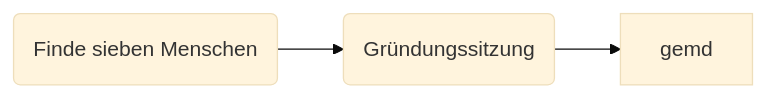
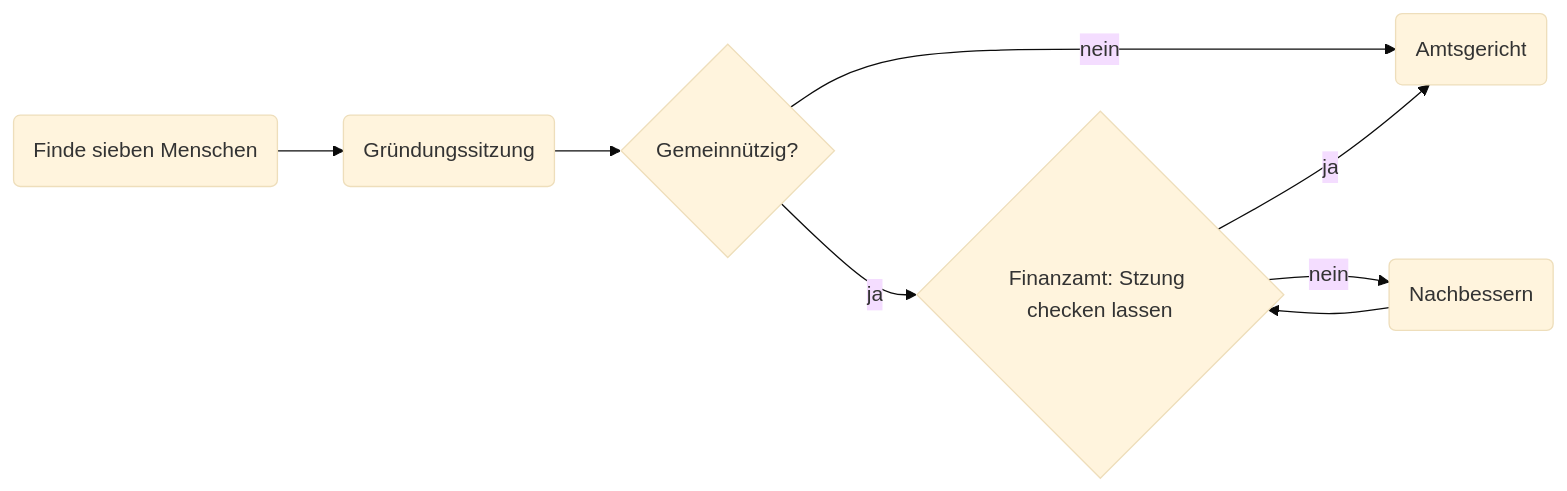
The first of 2 diagrams in README.md (Chaotikum/openverein), drawn with Mermaid (base theme) before and after one commit. The commit also changed other lines of this file, not shown here.

````diff
--- a/README.md
+++ b/README.md
@@ -17,5 +17,11 @@
 ```mermaid
 graph LR
   start(Finde sieben Menschen) --> founding
   founding(Gründungssitzung) --> gemd
+  gemd{Gemeinnützig?} --> |ja| satzcheckf
+  gemd --> |nein| amtsgericht
+  satzcheckf{Finanzamt: Stzung checken lassen} --> |ja| amtsgericht
+  satzcheckf --> |nein| nachbessern
+  nachbessern(Nachbessern) --> satzcheckf
+  amtsgericht(Amtsgericht)
 ```
````
